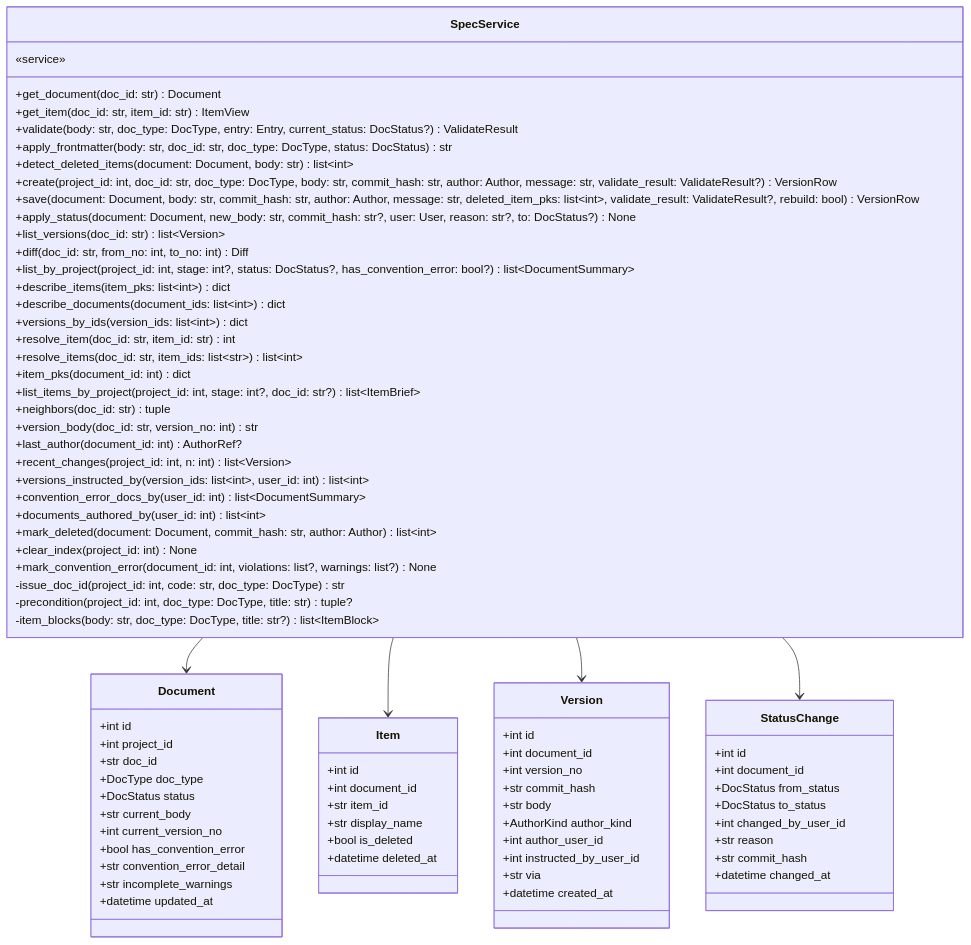
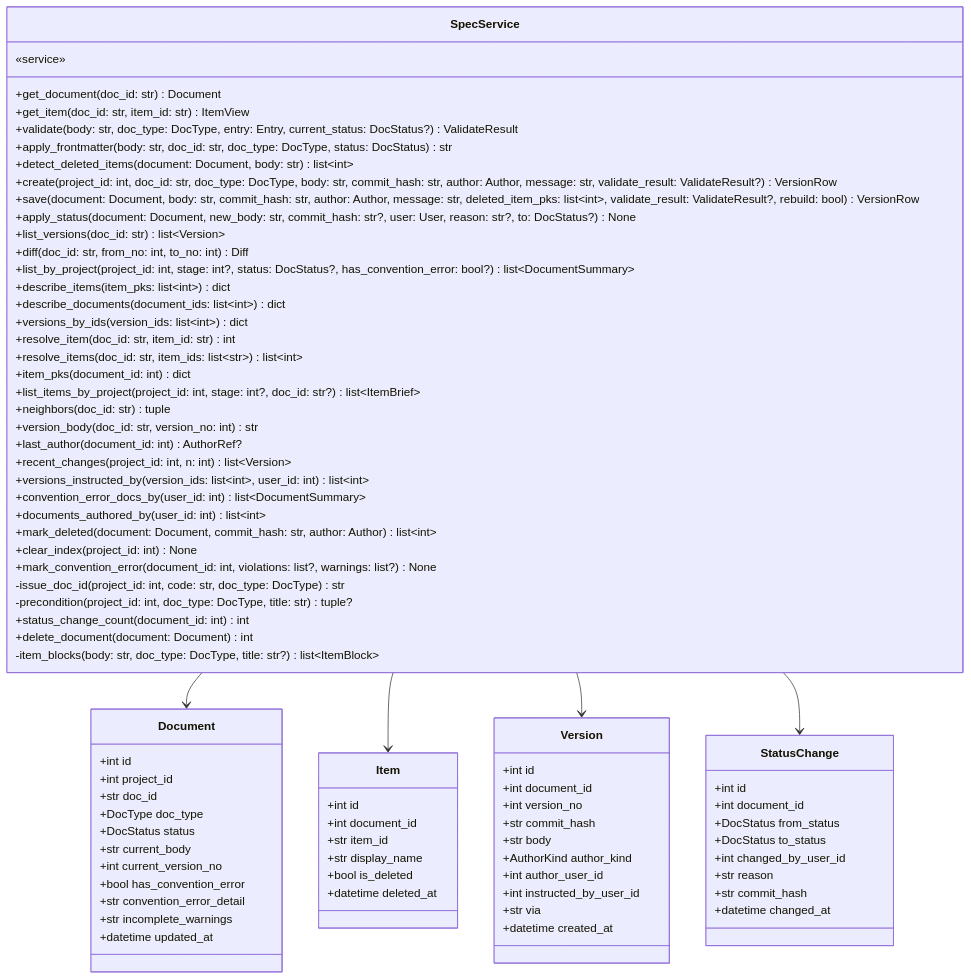
Diagram 17 of 21 in docs/specs/06-DOM/SYNC-DOM-002.md (HoyoungParkme/syncdoc), drawn with Mermaid before and after one commit. The commit also changed other lines of this file and 38 other files, not shown here.

First line of the commit message:
card(N): 이력 없는 문서를 지운다 — 웹 DELETE + MCP delete_document (#73)

```diff
--- a/docs/specs/06-DOM/SYNC-DOM-002.md
+++ b/docs/specs/06-DOM/SYNC-DOM-002.md
@@ -647,6 +647,8 @@
         +mark_convention_error(document_id: int, violations: list?, warnings: list?) None
         -issue_doc_id(project_id: int, code: str, doc_type: DocType) str
         -precondition(project_id: int, doc_type: DocType, title: str) tuple?
+        +status_change_count(document_id: int) int
+        +delete_document(document: Document) int
         -item_blocks(body: str, doc_type: DocType, title: str?) list~ItemBlock~
     }
     class Document {
```
